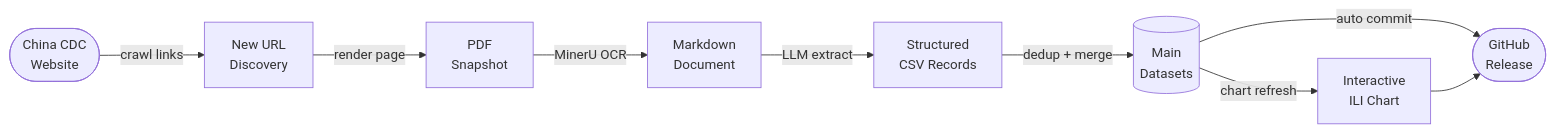
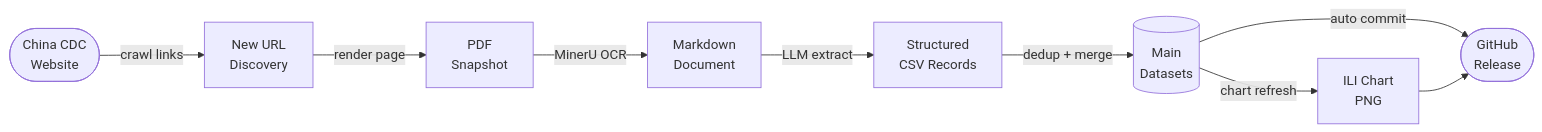
One commit to dailypartita/cn_cdc_crawl changed the diagram in README.md. Above: the diagram before and after it, drawn with Mermaid. The commit also changed other lines of this file and 1 other file, not shown here.

First line of the commit message:
docs: README 改用静态 ILI 趋势图

````diff
--- a/README.md
+++ b/README.md
@@ -33,11 +17,11 @@
 ```mermaid
 flowchart LR
     A([China CDC<br/>Website]) -->|crawl links| B[New URL<br/>Discovery]
     B -->|render page| C[PDF<br/>Snapshot]
     C -->|MinerU OCR| D[Markdown<br/>Document]
     D -->|LLM extract| E[Structured<br/>CSV Records]
     E -->|dedup + merge| F[(Main<br/>Datasets)]
-    F -->|chart refresh| H[Interactive<br/>ILI Chart]
+    F -->|chart refresh| H[ILI Chart<br/>PNG]
     F -->|auto commit| G([GitHub<br/>Release])
     H --> G
 ```
````
